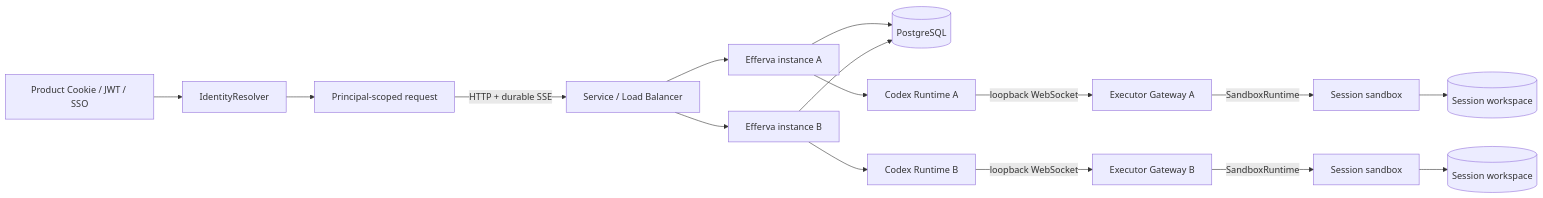
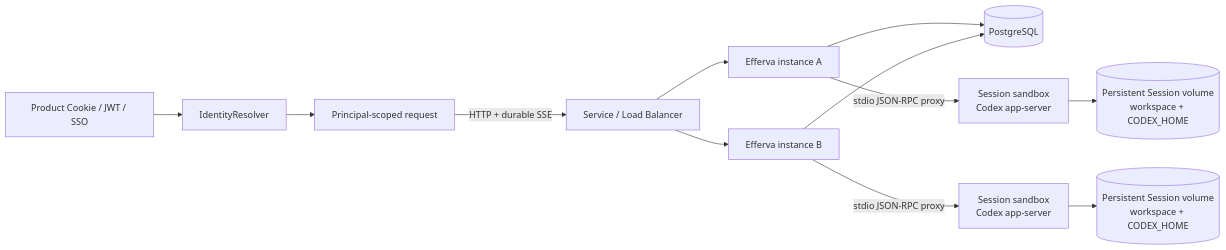
Before and after one commit to tinypoint/Efferva: the diagram in docs/architecture.md, drawn with Mermaid. The commit also changed other lines of this file and 53 other files, not shown here.

````diff
--- a/docs/architecture.md
+++ b/docs/architecture.md
@@ -5,18 +5,14 @@
 ```mermaid
 flowchart LR
   I["Product Cookie / JWT / SSO"] --> R["IdentityResolver"]
   R --> B["Principal-scoped request"]
   B -->|"HTTP + durable SSE"| L["Service / Load Balancer"]
   L --> A1["Efferva instance A"]
   L --> A2["Efferva instance B"]
   A1 --> P[("PostgreSQL")]
   A2 --> P
-  A1 --> R1["Codex Runtime A"]
-  A2 --> R2["Codex Runtime B"]
-  R1 -->|"loopback WebSocket"| G1["Executor Gateway A"]
-  R2 -->|"loopback WebSocket"| G2["Executor Gateway B"]
-  G1 -->|"SandboxRuntime"| S1["Session sandbox"]
-  G2 -->|"SandboxRuntime"| S2["Session sandbox"]
-  S1 --> W1[("Session workspace")]
-  S2 --> W2[("Session workspace")]
+  A1 -->|"stdio JSON-RPC proxy"| S1["Session sandbox<br/>Codex app-server"]
+  A2 -->|"stdio JSON-RPC proxy"| S2["Session sandbox<br/>Codex app-server"]
+  S1 --> W1[("Persistent Session volume<br/>workspace + CODEX_HOME")]
+  S2 --> W2[("Persistent Session volume<br/>workspace + CODEX_HOME")]
 ```
````
